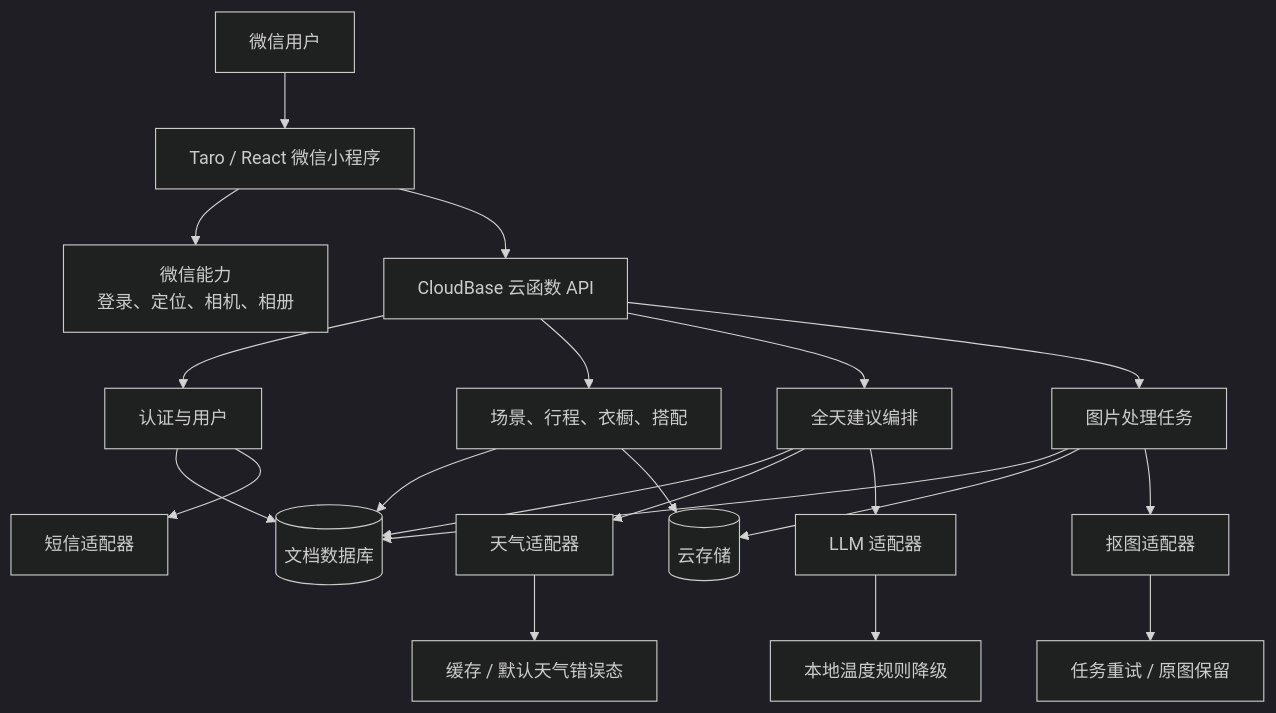
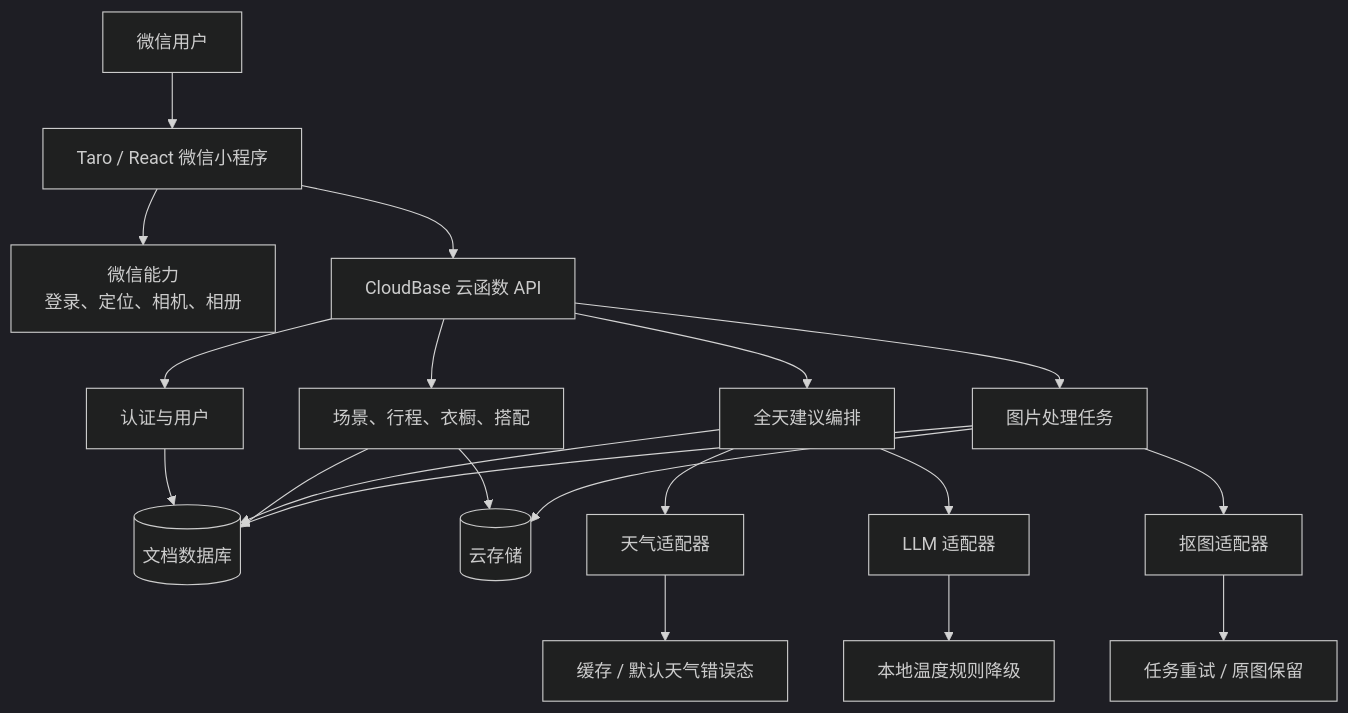
Before and after one commit to wangzitongwwwinner/OOTD: the first of 2 diagrams in ARCHITECTURE.md, drawn with Mermaid (dark theme). The commit also changed other lines of this file and 27 other files, not shown here.

````diff
--- a/ARCHITECTURE.md
+++ b/ARCHITECTURE.md
@@ -31,27 +31,26 @@
 ```mermaid
 flowchart TB
     U["微信用户"] --> MP["Taro / React 微信小程序"]
     MP --> WX["微信能力\n登录、定位、相机、相册"]
     MP --> GW["CloudBase 云函数 API"]
 
     GW --> AUTH["认证与用户"]
     GW --> CORE["场景、行程、衣橱、搭配"]
     GW --> REC["全天建议编排"]
     GW --> IMG["图片处理任务"]
 
     AUTH --> DB[("文档数据库")]
     CORE --> DB
     REC --> DB
     IMG --> DB
     CORE --> OSS[("云存储")]
     IMG --> OSS
 
     REC --> WEATHER["天气适配器"]
     REC --> LLM["LLM 适配器"]
     IMG --> CUTOUT["抠图适配器"]
-    AUTH --> SMS["短信适配器"]
 
     WEATHER --> FALLBACK["缓存 / 默认天气错误态"]
     LLM --> RULES["本地温度规则降级"]
     CUTOUT --> RETRY["任务重试 / 原图保留"]
 ```
````
